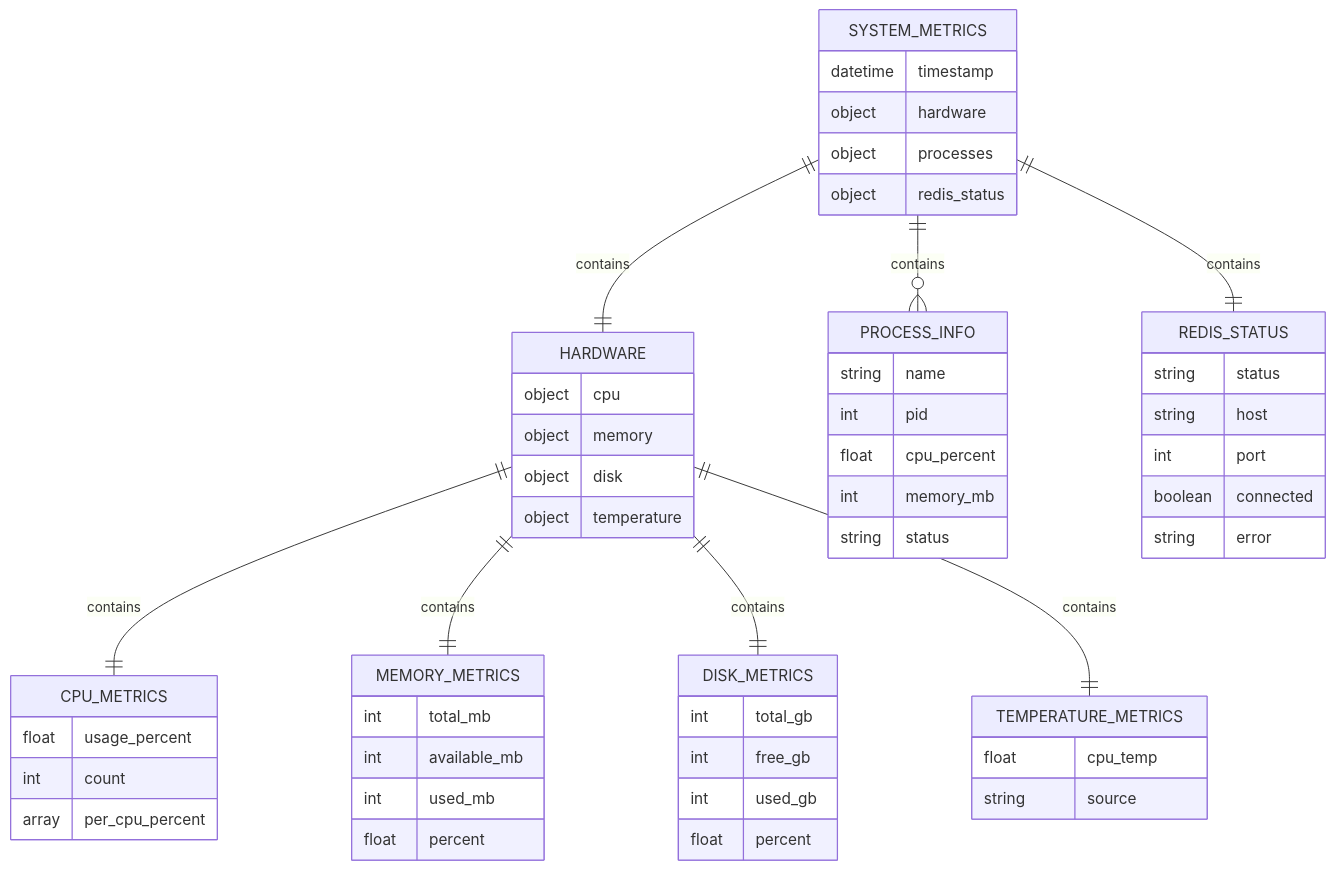
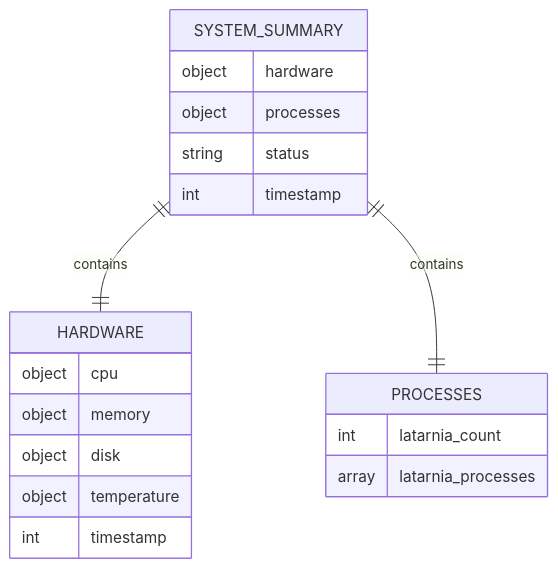
One commit to felipe-stanham/Latarnia changed the second of 5 diagrams in docs/System/dataModel.md. Above: the diagram before and after it, drawn with Mermaid. The commit also changed other lines of this file and 10 other files, not shown here.

````diff
--- a/docs/System/dataModel.md
+++ b/docs/System/dataModel.md
@@ -109,65 +111,25 @@
 ```mermaid
 erDiagram
-    SYSTEM_METRICS {
-        datetime timestamp
+    SYSTEM_SUMMARY {
         object hardware
         object processes
-        object redis_status
+        string status
+        int timestamp
     }
-    
+
     HARDWARE {
         object cpu
         object memory
         object disk
         object temperature
+        int timestamp
     }
-    
-    CPU_METRICS {
-        float usage_percent
-        int count
-        array per_cpu_percent
+
+    PROCESSES {
+        int latarnia_count
+        array latarnia_processes
     }
-    
-    MEMORY_METRICS {
-        int total_mb
-        int available_mb
-        int used_mb
-        float percent
-    }
-    
-    DISK_METRICS {
-        int total_gb
-        int free_gb
-        int used_gb
-        float percent
-    }
-    
-    TEMPERATURE_METRICS {
-        float cpu_temp
-        string source
-    }
-    
-    PROCESS_INFO {
-        string name
-        int pid
-        float cpu_percent
-        int memory_mb
-        string status
-    }
-    
-    REDIS_STATUS {
-        string status
-        string host
-        int port
-        boolean connected
-        string error
-    }
-    
-    SYSTEM_METRICS ||--|| HARDWARE : contains
-    HARDWARE ||--|| CPU_METRICS : contains
-    HARDWARE ||--|| MEMORY_METRICS : contains
-    HARDWARE ||--|| DISK_METRICS : contains
-    HARDWARE ||--|| TEMPERATURE_METRICS : contains
-    SYSTEM_METRICS ||--o{ PROCESS_INFO : contains
-    SYSTEM_METRICS ||--|| REDIS_STATUS : contains
+
+    SYSTEM_SUMMARY ||--|| HARDWARE : contains
+    SYSTEM_SUMMARY ||--|| PROCESSES : contains
 ```
````
